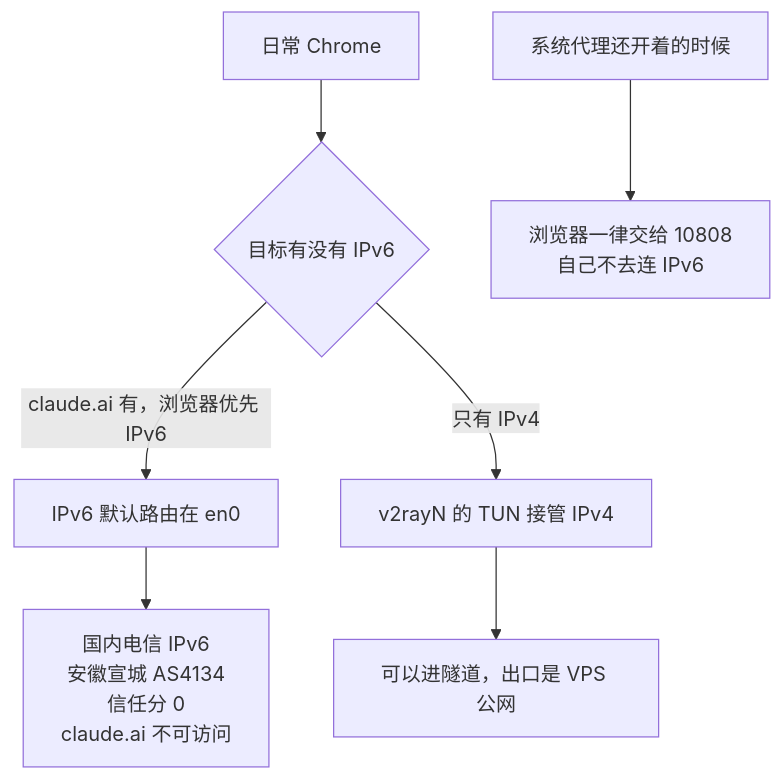
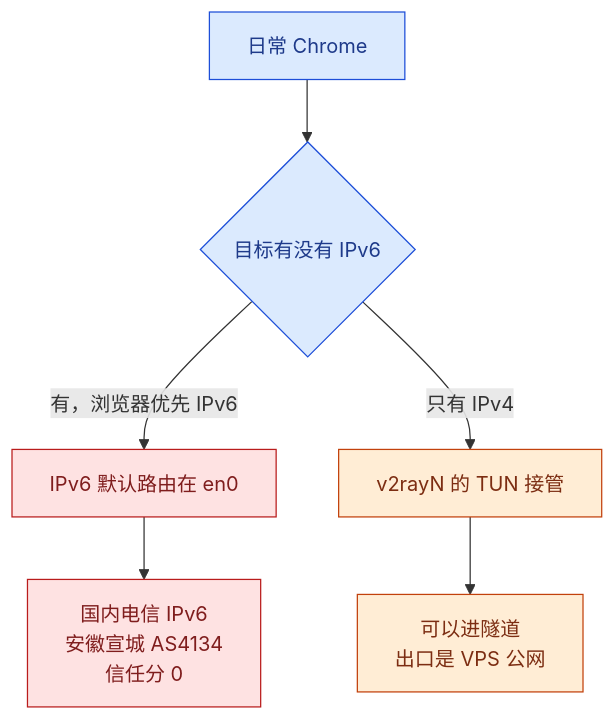
One commit to daily-learn-sch/myblog changed the ninth of 10 diagrams in docs/tutorials/residential-proxy-vps-relay.md. Above: the diagram before and after it, drawn with Mermaid. The commit also changed other lines of this file and 2 other files, not shown here.

First line of the commit message:
docs: 重写住宅代理中转教程，桌面 Claude 改走 18081

````diff
--- a/docs/tutorials/residential-proxy-vps-relay.md
+++ b/docs/tutorials/residential-proxy-vps-relay.md
@@ -365,9 +750,14 @@
 ```mermaid
 flowchart TB
-  Chrome["日常 Chrome"] --> Choose{"目标有没有 IPv6"}
-  Choose -->|"claude.ai 有，浏览器优先 IPv6"| V6["IPv6 默认路由在 en0"]
-  Choose -->|只有 IPv4| V4["v2rayN 的 TUN 接管 IPv4"]
-  V6 --> Leak["国内电信 IPv6<br/>安徽宣城 AS4134<br/>信任分 0<br/>claude.ai 不可访问"]
-  V4 --> Us["可以进隧道，出口是 VPS 公网"]
-  Before["系统代理还开着的时候"] --> Hide["浏览器一律交给 10808<br/>自己不去连 IPv6"]
+  ch["日常 Chrome"] --> q{"目标有没有 IPv6"}
+  q -->|有，浏览器优先 IPv6| v6["IPv6 默认路由在 en0"]
+  q -->|只有 IPv4| v4["v2rayN 的 TUN 接管"]
+  v6 --> leak["国内电信 IPv6<br/>安徽宣城 AS4134<br/>信任分 0"]
+  v4 --> us["可以进隧道<br/>出口是 VPS 公网"]
+  classDef bad fill:#fee2e2,stroke:#b91c1c,color:#7f1d1d
+  classDef mac fill:#dbeafe,stroke:#1d4ed8,color:#1e3a8a
+  classDef vps fill:#ffedd5,stroke:#c2410c,color:#7c2d12
+  class ch,q mac
+  class v6,leak bad
+  class v4,us vps
 ```
````
